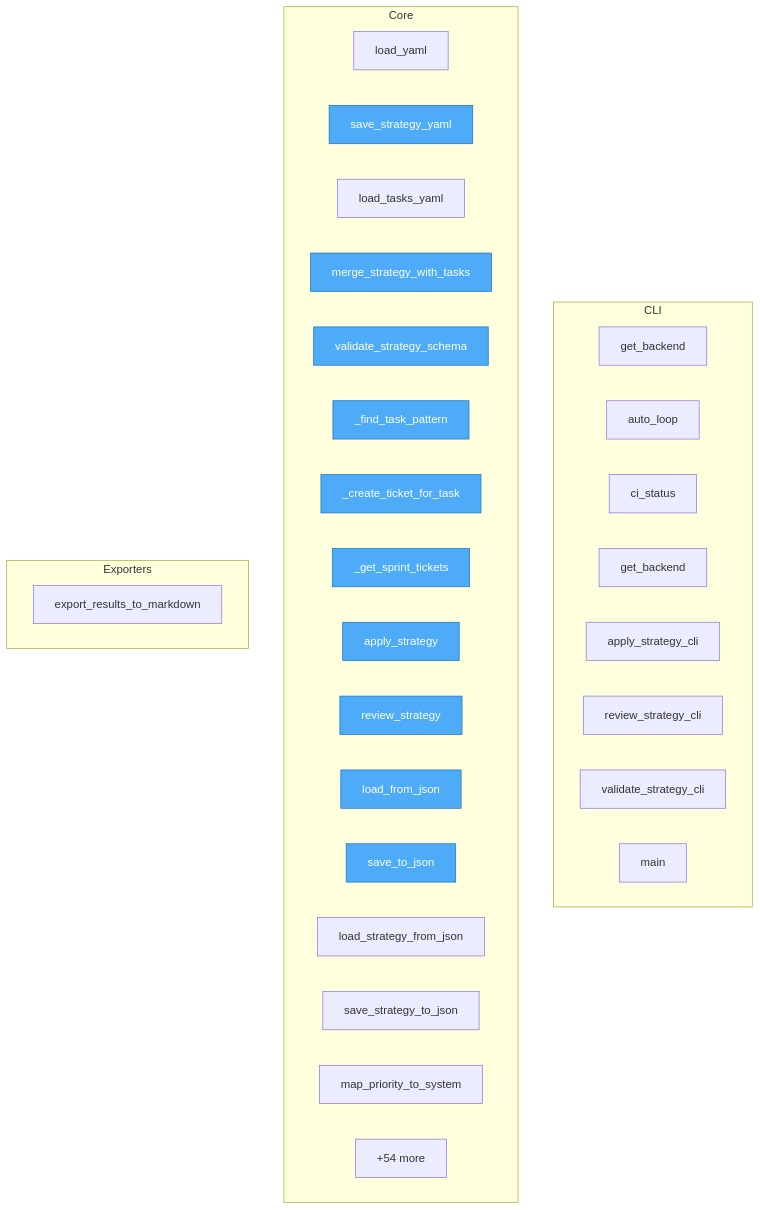
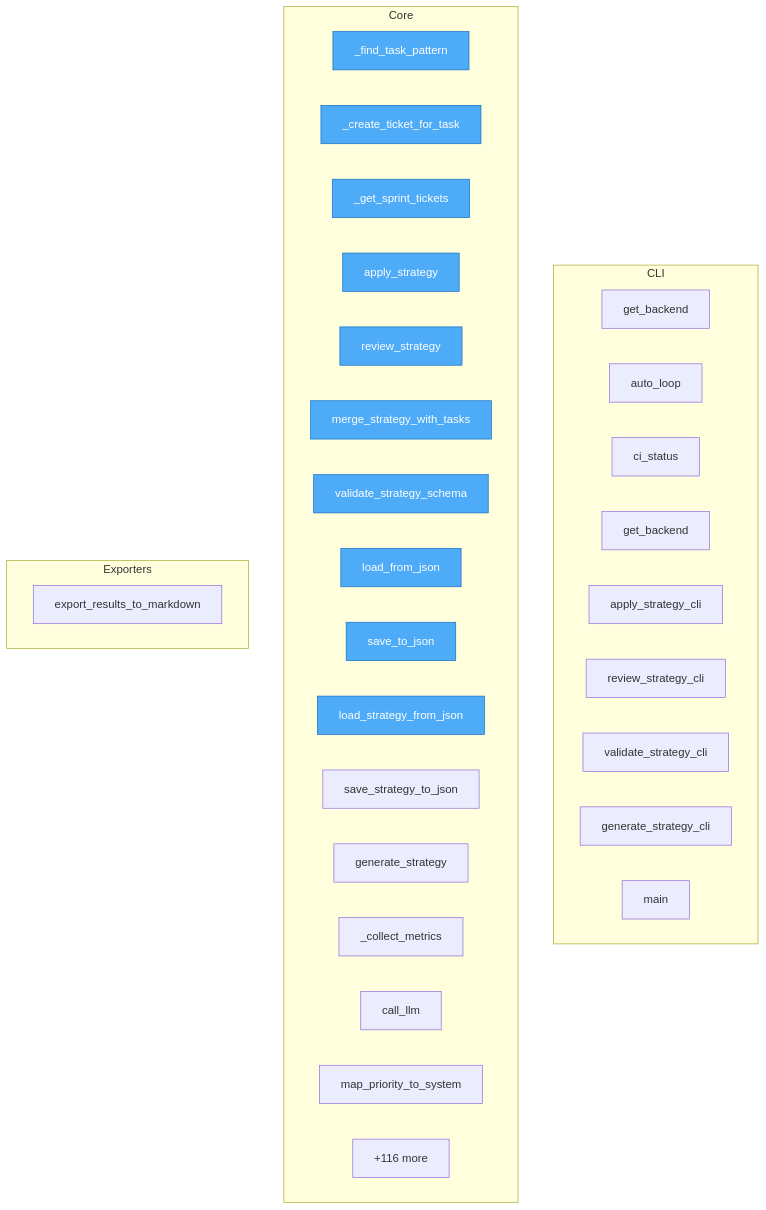
One commit to semcod/planfile changed the diagram in project/flow.mmd. Above: the diagram before and after it, drawn with Mermaid. The commit also changed 17 other files, not shown here.

```diff
--- a/project/flow.mmd
+++ b/project/flow.mmd
@@ -1,40 +1,41 @@
 flowchart TD
 
     %% Entry points (blue)
     classDef entry fill:#4dabf7,stroke:#1971c2,color:#fff
 
     subgraph CLI
         planfile__cli__auto_loop__get_backend["get_backend"]
         planfile__cli__auto_loop__auto_loop["auto_loop"]
         planfile__cli__auto_loop__ci_status["ci_status"]
         planfile__cli__commands__get_backend["get_backend"]
         planfile__cli__commands__apply_strategy_cli["apply_strategy_cli"]
         planfile__cli__commands__review_strategy_cli["review_strategy_cli"]
         planfile__cli__commands__validate_strategy_cli["validate_strategy_cli"]
+        planfile__cli__commands__generate_strategy_cli["generate_strategy_cli"]
         planfile__cli__commands__main["main"]
     end
 
     subgraph Core
-        planfile__loaders__yaml_loader__load_yaml["load_yaml"]
-        planfile__loaders__yaml_loader__save_strategy_yaml["save_strategy_yaml"]
-        planfile__loaders__yaml_loader__load_tasks_yaml["load_tasks_yaml"]
-        planfile__loaders__yaml_loader__merge_strategy_with_tasks["merge_strategy_with_tasks"]
-        planfile__loaders__yaml_loader__validate_strategy_schema["validate_strategy_schema"]
         planfile__runner__StrategyRunner___find_task_pattern["_find_task_pattern"]
         planfile__runner__StrategyRunner___create_ticket_for_task["_create_ticket_for_task"]
         planfile__runner__StrategyRunner___get_sprint_tickets["_get_sprint_tickets"]
         planfile__runner__apply_strategy["apply_strategy"]
         planfile__runner__review_strategy["review_strategy"]
+        planfile__loaders__yaml_loader__merge_strategy_with_tasks["merge_strategy_with_tasks"]
+        planfile__loaders__yaml_loader__validate_strategy_schema["validate_strategy_schema"]
         planfile__loaders__cli_loader__load_from_json["load_from_json"]
         planfile__loaders__cli_loader__save_to_json["save_to_json"]
         planfile__loaders__cli_loader__load_strategy_from_json["load_strategy_from_json"]
         planfile__loaders__cli_loader__save_strategy_to_json["save_strategy_to_json"]
+        planfile__llm__generator__generate_strategy["generate_strategy"]
+        planfile__llm__generator___collect_metrics["_collect_metrics"]
+        planfile__llm__client__call_llm["call_llm"]
         planfile__utils__priorities__map_priority_to_system["map_priority_to_system"]
-        ...["+54 more"]
+        ...["+116 more"]
     end
 
     subgraph Exporters
         planfile__loaders__cli_loader__export_results_to_markdown["export_results_to_markdown"]
     end
 
-    class planfile__loaders__yaml_loader__save_strategy_yaml,planfile__loaders__yaml_loader__merge_strategy_with_tasks,planfile__loaders__yaml_loader__validate_strategy_schema,planfile__runner__StrategyRunner___find_task_pattern,planfile__runner__StrategyRunner___create_ticket_for_task,planfile__runner__StrategyRunner___get_sprint_tickets,planfile__runner__apply_strategy,planfile__runner__review_strategy,planfile__loaders__cli_loader__load_from_json,planfile__loaders__cli_loader__save_to_json entry
+    class planfile__runner__StrategyRunner___find_task_pattern,planfile__runner__StrategyRunner___create_ticket_for_task,planfile__runner__StrategyRunner___get_sprint_tickets,planfile__runner__apply_strategy,planfile__runner__review_strategy,planfile__loaders__yaml_loader__merge_strategy_with_tasks,planfile__loaders__yaml_loader__validate_strategy_schema,planfile__loaders__cli_loader__load_from_json,planfile__loaders__cli_loader__save_to_json,planfile__loaders__cli_loader__load_strategy_from_json entry
```
